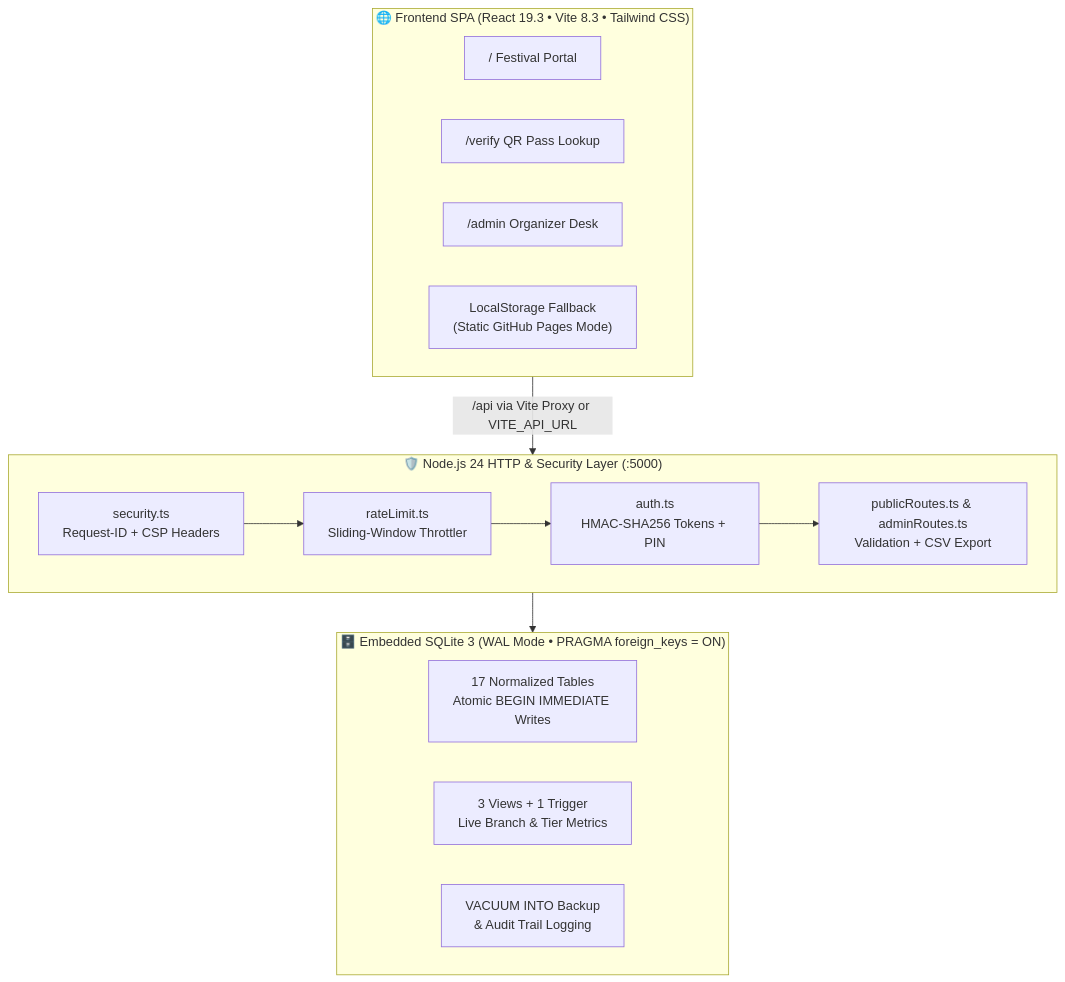
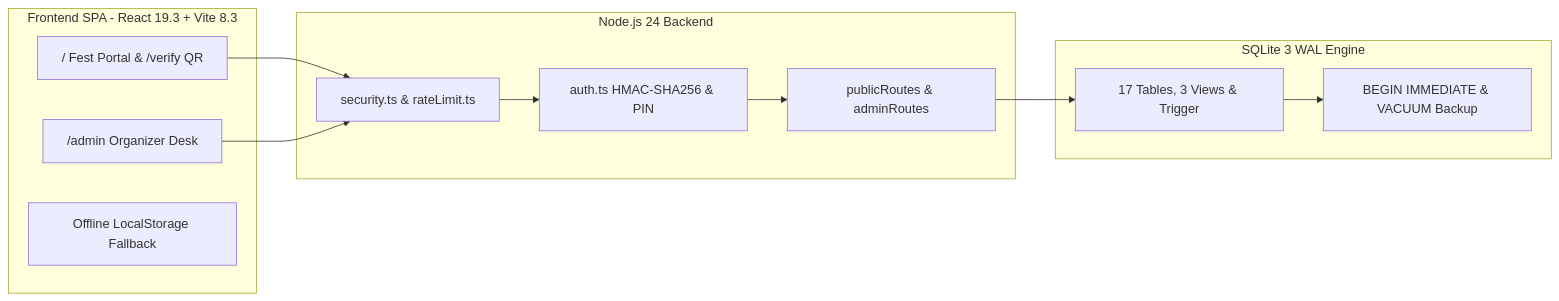
The diagram in README.md (Dilkhushkumardev/TechySheikhpura), drawn with Mermaid before and after one commit. The commit also changed other lines of this file, not shown here.

Commit message:
Fix README markdown, anchor links, and Mermaid syntax

````diff
--- a/README.md
+++ b/README.md
@@ -145,28 +86,24 @@
 ```mermaid
-flowchart TB
-    subgraph Client ["🌐 Frontend SPA (React 19.3 • Vite 8.3 • Tailwind CSS)"]
-        direction LR
-        Home["/ Festival Portal"]
-        Verify["/verify QR Pass Lookup"]
-        Admin["/admin Organizer Desk"]
-        Offline["LocalStorage Fallback\n(Static GitHub Pages Mode)"]
+flowchart LR
+    subgraph Client ["Frontend SPA - React 19.3 + Vite 8.3"]
+        Portal["/ Fest Portal & /verify QR"]
+        AdminUI["/admin Organizer Desk"]
+        Fallback["Offline LocalStorage Fallback"]
     end
 
-    subgraph Security ["🛡️ Node.js 24 HTTP & Security Layer (:5000)"]
-        direction LR
-        Headers["security.ts\nRequest-ID + CSP Headers"]
-        Limit["rateLimit.ts\nSliding-Window Throttler"]
-        Auth["auth.ts\nHMAC-SHA256 Tokens + PIN"]
-        Routes["publicRoutes.ts & adminRoutes.ts\nValidation + CSV Export"]
+    subgraph API ["Node.js 24 Backend"]
+        Sec["security.ts & rateLimit.ts"]
+        Auth["auth.ts HMAC-SHA256 & PIN"]
+        Routes["publicRoutes & adminRoutes"]
     end
 
-    subgraph Database ["🗄️ Embedded SQLite 3 (WAL Mode • PRAGMA foreign_keys = ON)"]
-        direction LR
-        Tables["17 Normalized Tables\nAtomic BEGIN IMMEDIATE Writes"]
-        Analytics["3 Views + 1 Trigger\nLive Branch & Tier Metrics"]
-        Backup["VACUUM INTO Backup\n& Audit Trail Logging"]
+    subgraph DB ["SQLite 3 WAL Engine"]
+        Schema["17 Tables, 3 Views & Trigger"]
+        Tx["BEGIN IMMEDIATE & VACUUM Backup"]
     end
 
-    Client -->|"/api via Vite Proxy or VITE_API_URL"| Headers
-    Headers --> Limit --> Auth --> Routes --> Database
+    Portal --> Sec
+    AdminUI --> Sec
+    Sec --> Auth --> Routes --> Schema
+    Schema --> Tx
 ```
````
